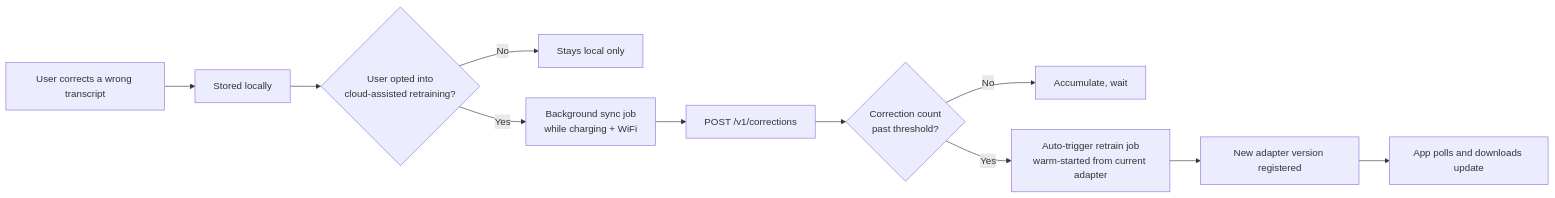
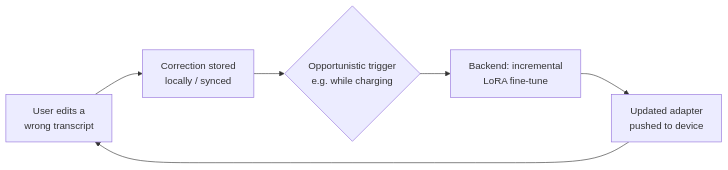
The sixth of 7 diagrams in README.md (Anushka13-bit/Vaani), drawn with Mermaid before and after one commit. The commit also changed other lines of this file, not shown here.

````diff
--- a/README.md
+++ b/README.md
@@ -210,13 +213,8 @@
 ```mermaid
 flowchart LR
-    A[User corrects a wrong transcript] --> B[Stored locally]
-    B --> C{User opted into<br/>cloud-assisted retraining?}
-    C -->|No| D[Stays local only]
-    C -->|Yes| E[Background sync job<br/>while charging + WiFi]
-    E --> F[POST /v1/corrections]
-    F --> G{Correction count<br/>past threshold?}
-    G -->|No| H[Accumulate, wait]
-    G -->|Yes| I[Auto-trigger retrain job<br/>warm-started from current adapter]
-    I --> J[New adapter version registered]
-    J --> K[App polls and downloads update]
+    A[User edits a<br/>wrong transcript] --> B[Correction stored<br/>locally / synced]
+    B --> C{Opportunistic trigger<br/>e.g. while charging}
+    C --> D[Backend: incremental<br/>LoRA fine-tune]
+    D --> E[Updated adapter<br/>pushed to device]
+    E --> A
 ```
````
